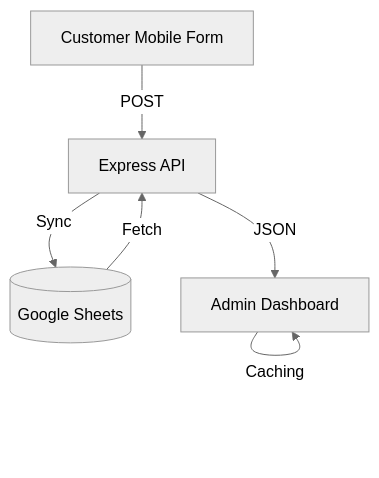
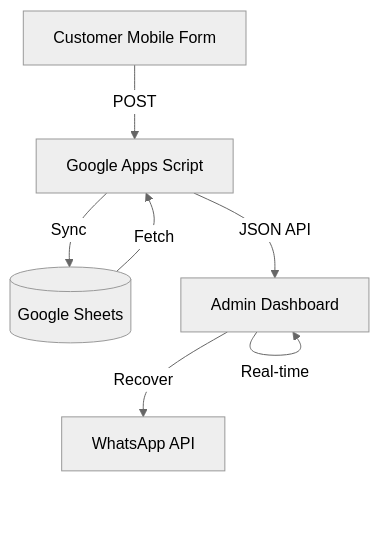
One commit to harshwar/CatCafeFeedbackForm changed the diagram in README.md. Above: the diagram before and after it, drawn with Mermaid (neutral theme). The commit also changed other lines of this file and 18 other files, not shown here.

````diff
--- a/README.md
+++ b/README.md
@@ -56,8 +28,9 @@
 ```mermaid
 graph TD
-    A[Customer Mobile Form] -->|POST| B[Express API]
+    A[Customer Mobile Form] -->|POST| B[Google Apps Script]
     B -->|Sync| C[(Google Sheets)]
     C -->|Fetch| B
-    B -->|JSON| D[Admin Dashboard]
-    D -->|Caching| D
+    B -->|JSON API| D[Admin Dashboard]
+    D -->|Real-time| D
+    D -->|Recover| E[WhatsApp API]
 ```
````
